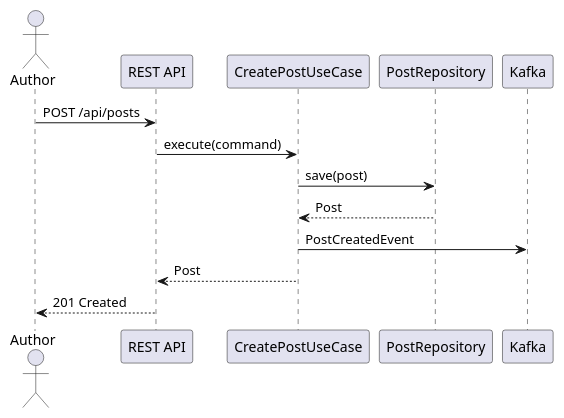
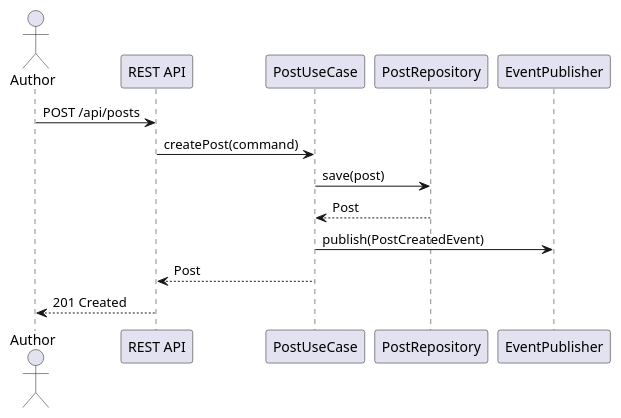
The diagram in docs/arc42/modules/ROOT/partials/plantuml/runtime-create.puml (tomirgang/tomsblog), drawn with PlantUML before and after one commit. The commit also changed 10 other files, not shown here.

```diff
--- a/docs/arc42/modules/ROOT/partials/plantuml/runtime-create.puml
+++ b/docs/arc42/modules/ROOT/partials/plantuml/runtime-create.puml
@@ -1,15 +1,15 @@
 @startuml runtime-create
 actor Author
 participant "REST API" as api
-participant "CreatePostUseCase" as uc
+participant "PostUseCase" as uc
 participant "PostRepository" as repo
-participant "Kafka" as kafka
+participant "EventPublisher" as events
 
 Author -> api : POST /api/posts
-api -> uc : execute(command)
+api -> uc : createPost(command)
 uc -> repo : save(post)
 repo --> uc : Post
-uc -> kafka : PostCreatedEvent
+uc -> events : publish(PostCreatedEvent)
 uc --> api : Post
 api --> Author : 201 Created
 @enduml
```
